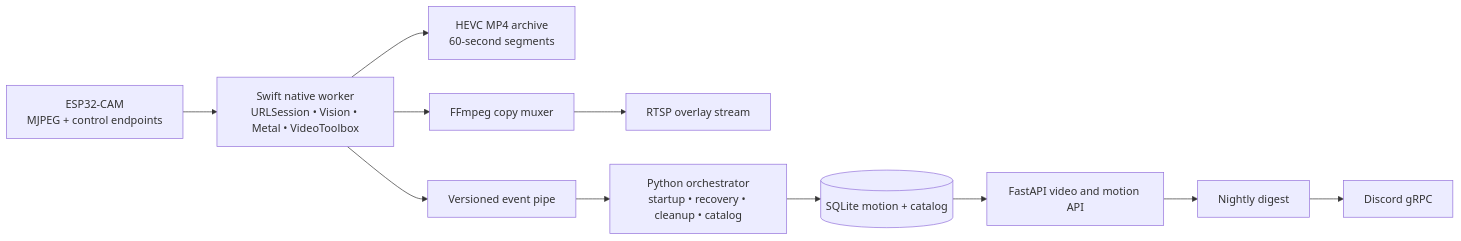
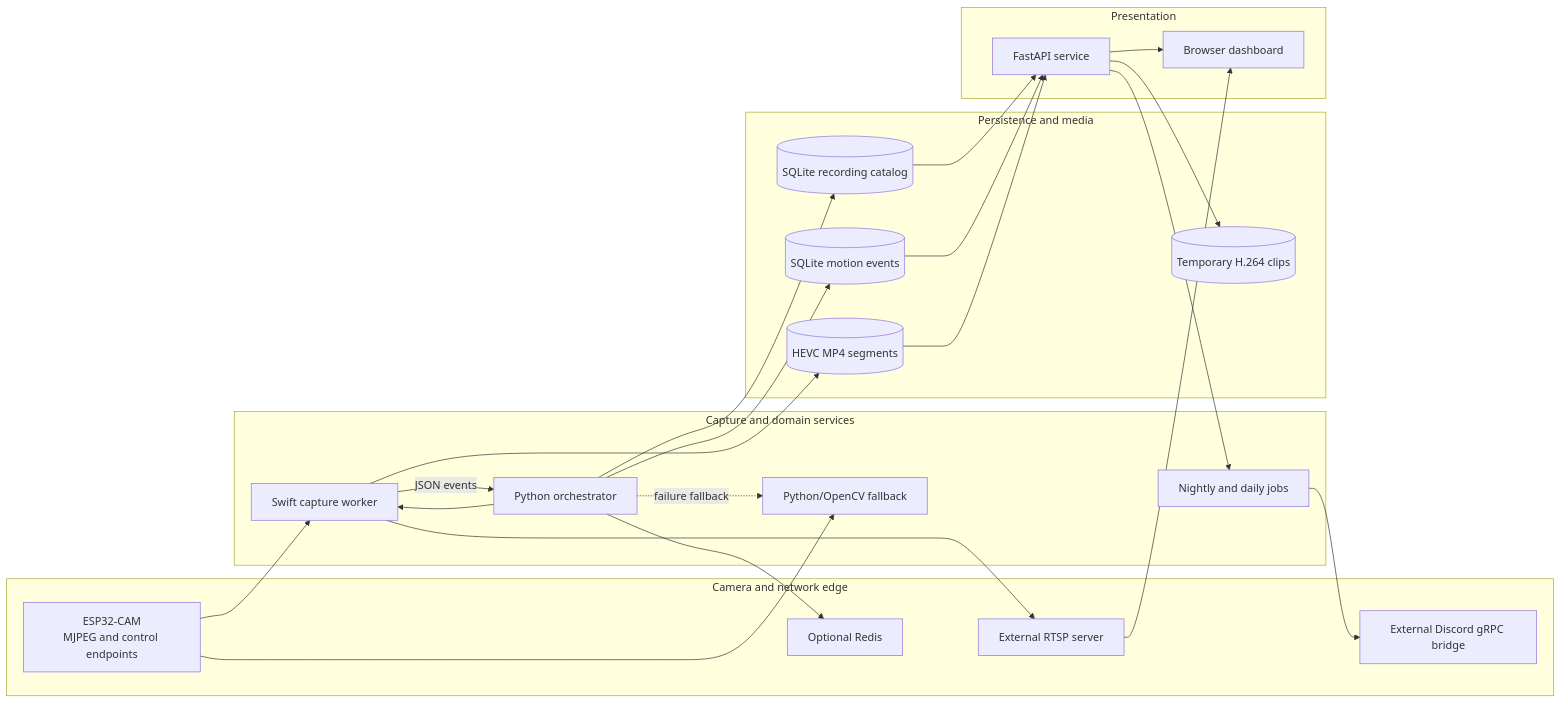
The third of 3 diagrams in README.md (aneeshpatne/CCTV), drawn with Mermaid before and after one commit. The commit also changed other lines of this file, not shown here.

Commit message:
docs: rewrite README with dashboard overview, architecture, setup, and roadmap

````diff
--- a/README.md
+++ b/README.md
@@ -51,13 +92,47 @@
 ```mermaid
 flowchart LR
-    Camera[ESP32-CAM\nMJPEG + control endpoints] --> Native[Swift native worker\nURLSession • Vision • Metal • VideoToolbox]
-    Native --> Archive[HEVC MP4 archive\n60-second segments]
-    Native --> Mux[FFmpeg copy muxer]
-    Mux --> RTSP[RTSP overlay stream]
-    Native --> Events[Versioned event pipe]
-    Events --> Orchestrator[Python orchestrator\nstartup • recovery • cleanup • catalog]
-    Orchestrator --> Database[(SQLite motion + catalog)]
-    Database --> API[FastAPI video and motion API]
-    API --> Digest[Nightly digest]
-    Digest --> Discord[Discord gRPC]
+    subgraph Edge["Camera and network edge"]
+        Camera["ESP32-CAM\nMJPEG and control endpoints"]
+        RTSP["External RTSP server"]
+        Discord["External Discord gRPC bridge"]
+        Redis["Optional Redis"]
+    end
+
+    subgraph Capture["Capture and domain services"]
+        Orchestrator["Python orchestrator"]
+        Native["Swift capture worker"]
+        Fallback["Python/OpenCV fallback"]
+        Digest["Nightly and daily jobs"]
+    end
+
+    subgraph Data["Persistence and media"]
+        Recordings[("HEVC MP4 segments")]
+        Catalog[("SQLite recording catalog")]
+        Motion[("SQLite motion events")]
+        Temp[("Temporary H.264 clips")]
+    end
+
+    subgraph Presentation["Presentation"]
+        API["FastAPI service"]
+        Dashboard["Browser dashboard"]
+    end
+
+    Orchestrator --> Native
+    Orchestrator -. "failure fallback" .-> Fallback
+    Camera --> Native
+    Camera --> Fallback
+    Native --> Recordings
+    Native --> RTSP
+    Native -- "JSON events" --> Orchestrator
+    Orchestrator --> Catalog
+    Orchestrator --> Motion
+    Orchestrator --> Redis
+    Catalog --> API
+    Motion --> API
+    Recordings --> API
+    API --> Temp
+    API --> Dashboard
+    RTSP --> Dashboard
+    API --> Digest
+    Digest --> Discord
 ```
````
